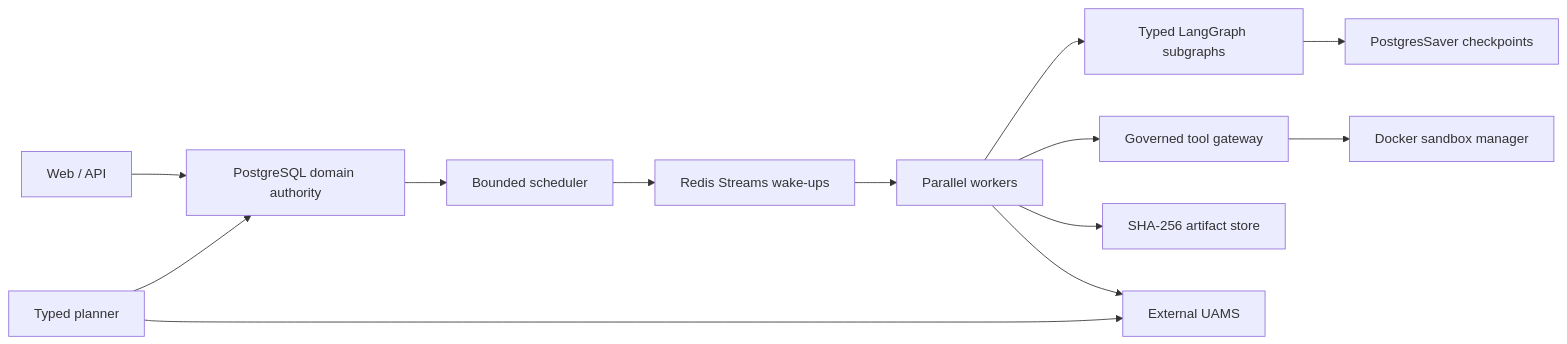
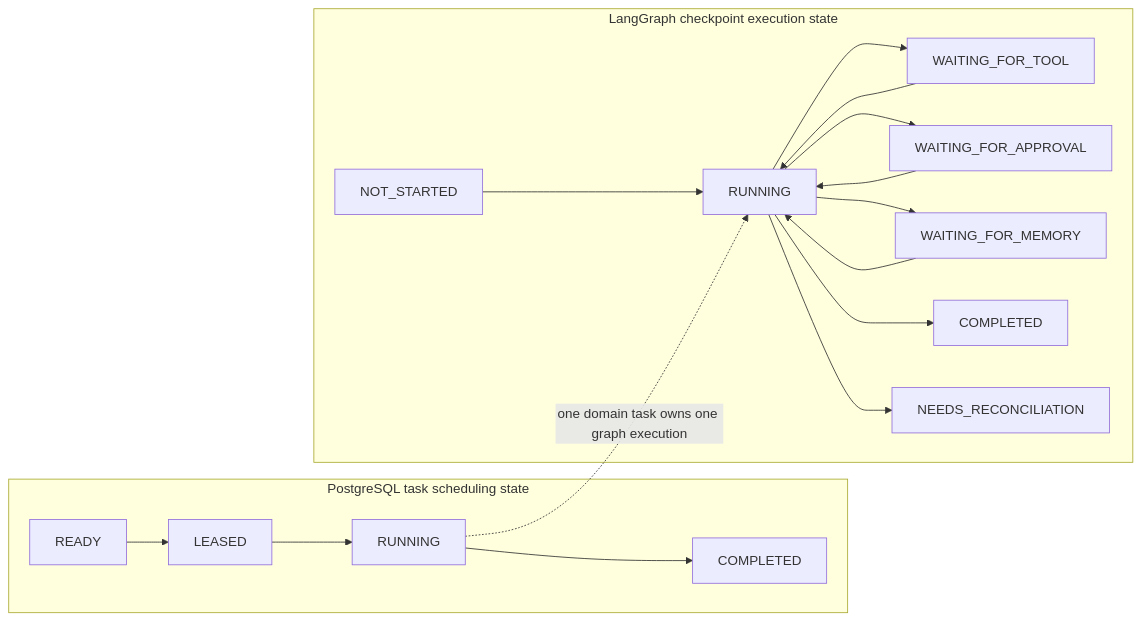
One commit to Shivamsharma6/autonomous-swe changed the third of 4 diagrams in README.md. Above: the diagram before and after it, drawn with Mermaid. The commit also changed other lines of this file and 5 other files, not shown here.

Commit message:
docs: add architecture deep dive

````diff
--- a/README.md
+++ b/README.md
@@ -15,15 +295,18 @@
 ```mermaid
 flowchart LR
-    UI["Web / API"] --> PG["PostgreSQL domain authority"]
-    Planner["Typed planner"] --> PG
-    PG --> Scheduler["Bounded scheduler"]
-    Scheduler --> Redis["Redis Streams wake-ups"]
-    Redis --> Workers["Parallel workers"]
-    Workers --> LG["Typed LangGraph subgraphs"]
-    LG --> Checkpoints["PostgresSaver checkpoints"]
-    Workers --> Tools["Governed tool gateway"]
-    Tools --> Sandbox["Docker sandbox manager"]
-    Workers --> Artifacts["SHA-256 artifact store"]
-    Planner --> UAMS["External UAMS"]
-    Workers --> UAMS
+    subgraph Domain["PostgreSQL task scheduling state"]
+        D1["READY"] --> D2["LEASED"] --> D3["RUNNING"] --> D4["COMPLETED"]
+    end
+    subgraph Graph["LangGraph checkpoint execution state"]
+        G1["NOT_STARTED"] --> G2["RUNNING"]
+        G2 --> G3["WAITING_FOR_TOOL"]
+        G2 --> G4["WAITING_FOR_APPROVAL"]
+        G2 --> G5["WAITING_FOR_MEMORY"]
+        G3 --> G2
+        G4 --> G2
+        G5 --> G2
+        G2 --> G6["COMPLETED"]
+        G2 --> G7["NEEDS_RECONCILIATION"]
+    end
+    D3 -. "one domain task owns one graph execution" .-> G2
 ```
````
